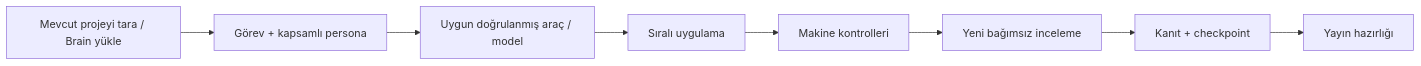
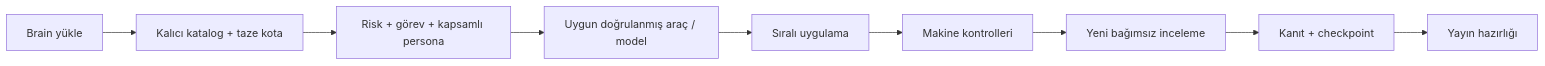
One commit to XPersPective/store-automation changed the diagram in README.md. Above: the diagram before and after it, drawn with Mermaid. The commit also changed other lines of this file and 25 other files, not shown here.

````diff
--- a/README.md
+++ b/README.md
@@ -29,10 +29,11 @@
 ```mermaid
 flowchart LR
-    A[Mevcut projeyi tara / Brain yükle] --> B[Görev + kapsamlı persona]
+    A[Brain yükle] --> K[Kalıcı katalog + taze kota]
+    K --> B[Risk + görev + kapsamlı persona]
     B --> C[Uygun doğrulanmış araç / model]
     C --> D[Sıralı uygulama]
     D --> E[Makine kontrolleri]
     E --> F[Yeni bağımsız inceleme]
     F --> G[Kanıt + checkpoint]
     G --> H[Yayın hazırlığı]
 ```
````
